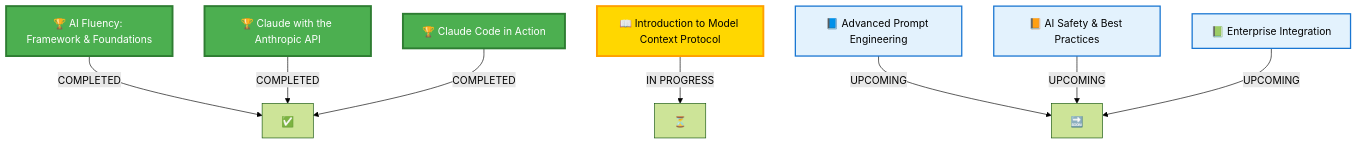
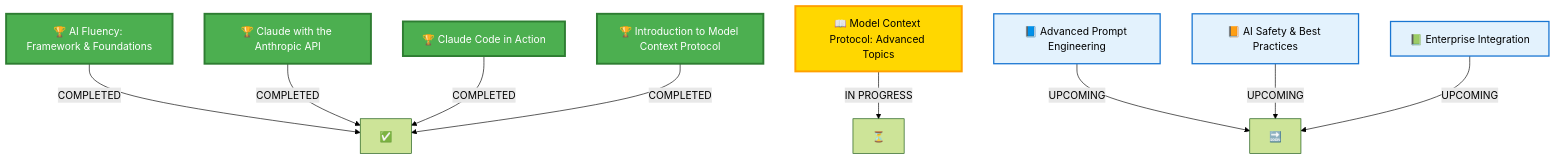
One commit to developtheweb/anthropic-certs changed the first of 2 diagrams in README.md. Above: the diagram before and after it, drawn with Mermaid (forest theme). The commit also changed other lines of this file and 2 other files, not shown here.

First line of the commit message:
feat: Add Introduction to Model Context Protocol certification

````diff
--- a/README.md
+++ b/README.md
@@ -67,18 +76,20 @@
 ```mermaid
 graph TD
     A[🏆 AI Fluency: Framework & Foundations] -->|COMPLETED| B[✅]
     C[🏆 Claude with the Anthropic API] -->|COMPLETED| B
     D[🏆 Claude Code in Action] -->|COMPLETED| B
-    E[📖 Introduction to Model Context Protocol] -->|IN PROGRESS| F[⏳]
+    E[🏆 Introduction to Model Context Protocol] -->|COMPLETED| B
+    K[📖 Model Context Protocol: Advanced Topics] -->|IN PROGRESS| F[⏳]
     G[📘 Advanced Prompt Engineering] -->|UPCOMING| H[🔜]
     I[📙 AI Safety & Best Practices] -->|UPCOMING| H
     J[📗 Enterprise Integration] -->|UPCOMING| H
     
     style A fill:#4CAF50,stroke:#2E7D32,stroke-width:3px,color:#fff
     style C fill:#4CAF50,stroke:#2E7D32,stroke-width:3px,color:#fff
     style D fill:#4CAF50,stroke:#2E7D32,stroke-width:3px,color:#fff
-    style E fill:#FFD700,stroke:#FFA000,stroke-width:3px,color:#000
+    style E fill:#4CAF50,stroke:#2E7D32,stroke-width:3px,color:#fff
+    style K fill:#FFD700,stroke:#FFA000,stroke-width:3px,color:#000
     style G fill:#E3F2FD,stroke:#1976D2,stroke-width:2px
     style I fill:#E3F2FD,stroke:#1976D2,stroke-width:2px
     style J fill:#E3F2FD,stroke:#1976D2,stroke-width:2px
 ```
````
